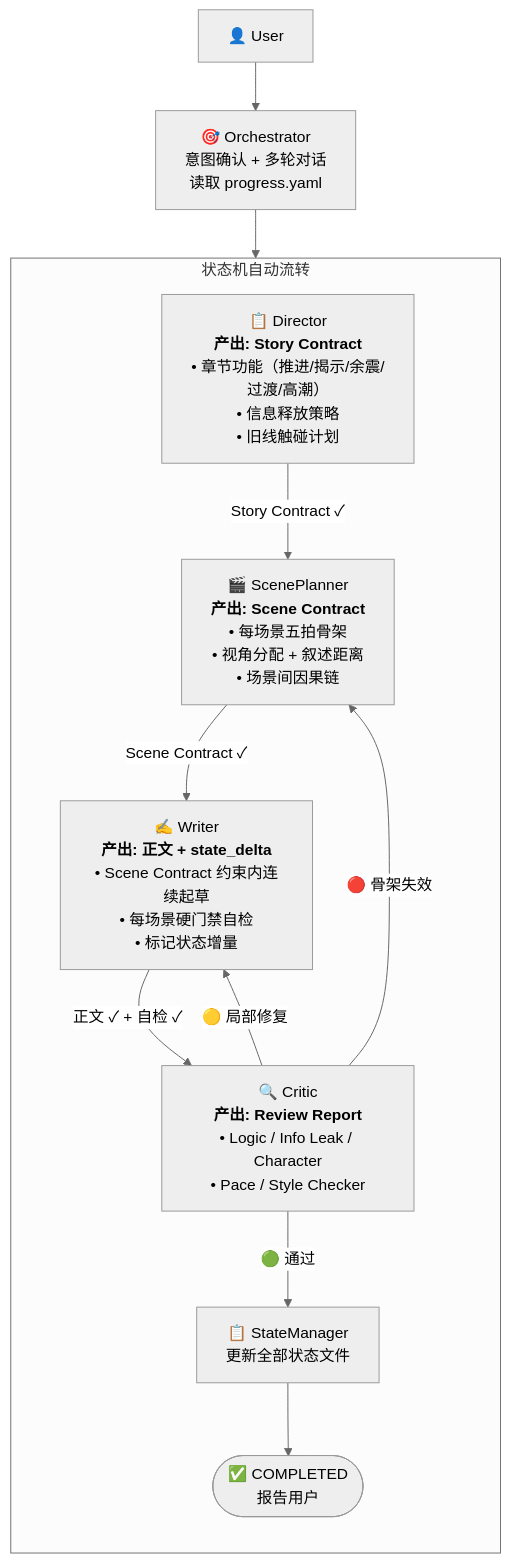
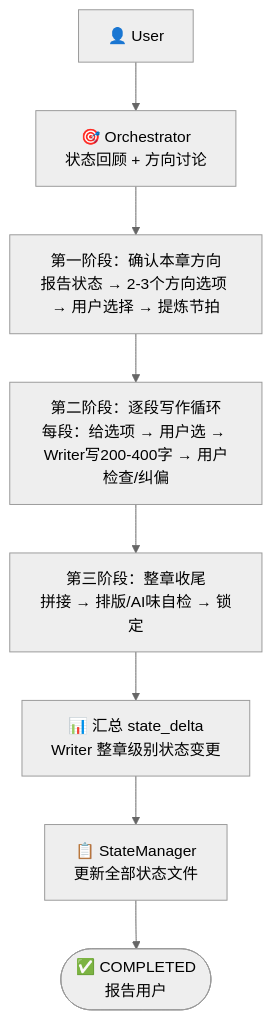
Before and after one commit to deathwhispers/novel-studio: the first of 7 diagrams in workflows/pipeline.md, drawn with Mermaid (neutral theme). The commit also changed other lines of this file and 9 other files, not shown here.

````diff
--- a/workflows/pipeline.md
+++ b/workflows/pipeline.md
@@ -12,32 +14,15 @@
 ```mermaid
 flowchart TD
     User["👤 User"]
-    Orchestrator["🎯 Orchestrator<br/>意图确认 + 多轮对话<br/>读取 progress.yaml"]
+    Orchestrator["🎯 Orchestrator<br/>状态回顾 + 方向讨论"]
 
     User --> Orchestrator
 
-    subgraph StateMachine["状态机自动流转"]
-        direction TB
+    Orchestrator --> Phase1["第一阶段：确认本章方向<br/>报告状态 → 2-3个方向选项 → 用户选择 → 提炼节拍"]
+    Phase1 --> Phase2["第二阶段：逐段写作循环<br/>每段：给选项 → 用户选 → Writer写200-400字 → 用户检查/纠偏"]
+    Phase2 --> Phase3["第三阶段：整章收尾<br/>拼接 → 排版/AI味自检 → 锁定"]
 
-        Director["📋 Director<br/><b>产出: Story Contract</b><br/>• 章节功能（推进/揭示/余震/过渡/高潮）<br/>• 信息释放策略<br/>• 旧线触碰计划"]
-
-        ScenePlanner["🎬 ScenePlanner<br/><b>产出: Scene Contract</b><br/>• 每场景五拍骨架<br/>• 视角分配 + 叙述距离<br/>• 场景间因果链"]
-
-        Writer["✍️ Writer<br/><b>产出: 正文 + state_delta</b><br/>• Scene Contract 约束内连续起草<br/>• 每场景硬门禁自检<br/>• 标记状态增量"]
-
-        Critic["🔍 Critic<br/><b>产出: Review Report</b><br/>• Logic / Info Leak / Character<br/>• Pace / Style Checker"]
-
-        StateManager["📋 StateManager<br/>更新全部状态文件"]
-        Completed(["✅ COMPLETED<br/>报告用户"])
-    end
-
-    Orchestrator --> Director
-    Director -->|"Story Contract ✓"| ScenePlanner
-    ScenePlanner -->|"Scene Contract ✓"| Writer
-    Writer -->|"正文 ✓ + 自检 ✓"| Critic
-    Critic -->|"🟢 通过"| StateManager
-    StateManager --> Completed
-
-    Critic -->|"🟡 局部修复"| Writer
-    Critic -->|"🔴 骨架失效"| ScenePlanner
+    Phase3 --> Summarize["📊 汇总 state_delta<br/>Writer 整章级别状态变更"]
+    Summarize --> StateManager["📋 StateManager<br/>更新全部状态文件"]
+    StateManager --> Completed(["✅ COMPLETED<br/>报告用户"])
 ```
````
